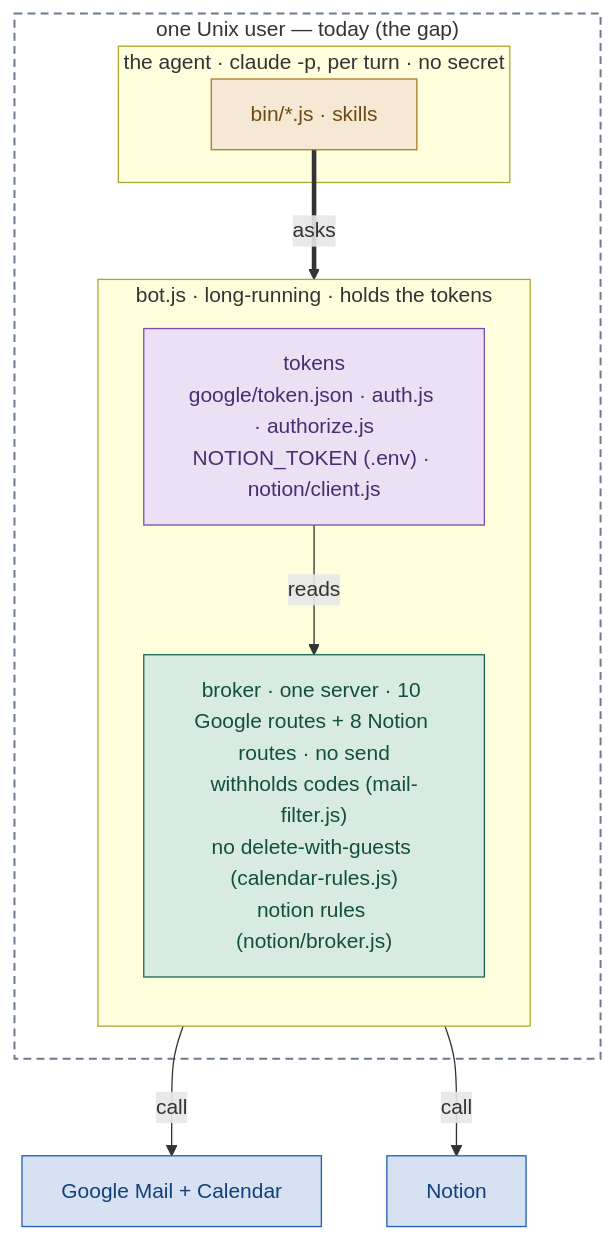
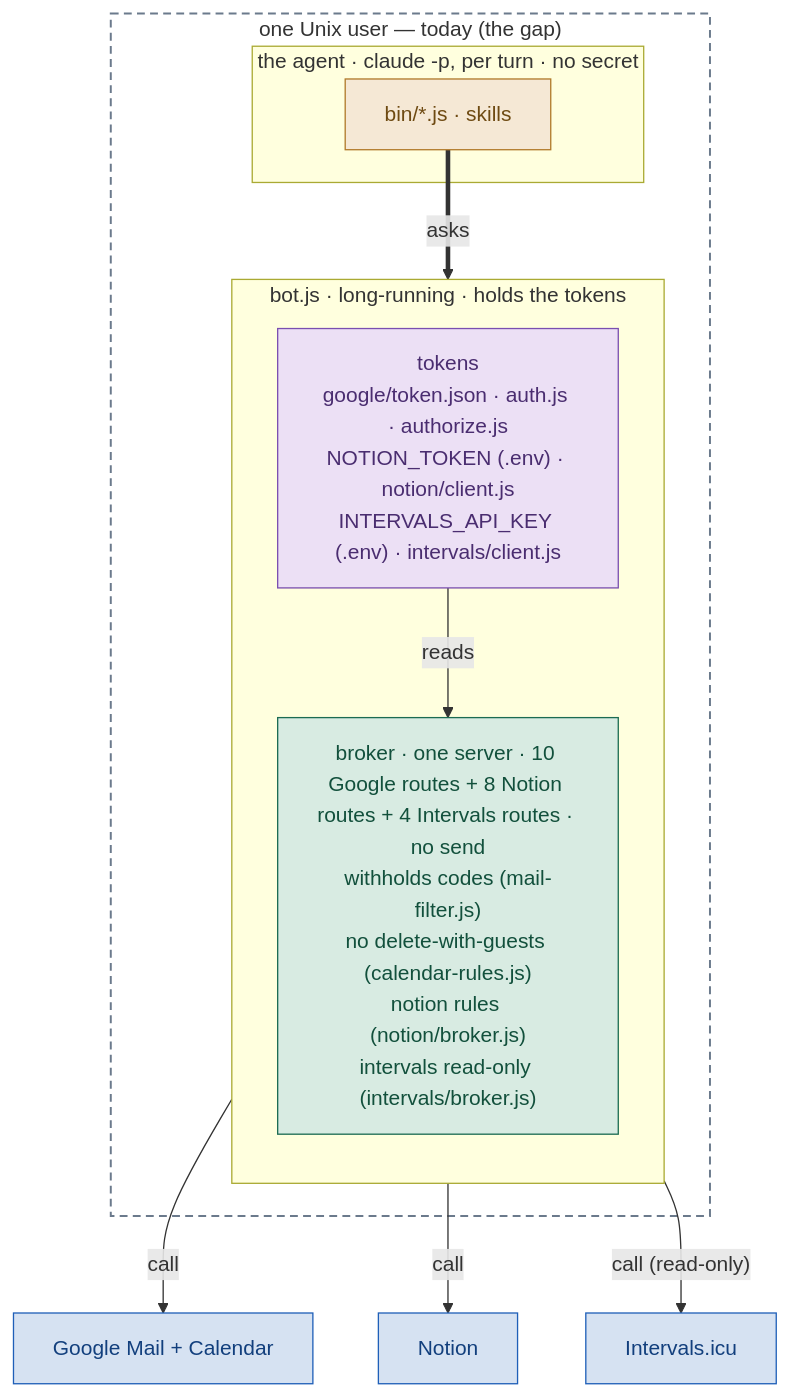
One commit to KubaJerz/alfred-node changed the third of 5 diagrams in SYSTEM-MAP.md. Above: the diagram before and after it, drawn with Mermaid. The commit also changed other lines of this file and 9 other files, not shown here.

````diff
--- a/SYSTEM-MAP.md
+++ b/SYSTEM-MAP.md
@@ -157,27 +158,28 @@
 ```mermaid
 flowchart TD
     subgraph HOST["one Unix user — today (the gap)"]
         subgraph BOT["bot.js · long-running · holds the tokens"]
             direction TB
-            TOK["tokens<br/>google/token.json · auth.js · authorize.js<br/>NOTION_TOKEN (.env) · notion/client.js"]
-            BR["broker · one server · 10 Google routes + 8 Notion routes · no send<br/>withholds codes (mail-filter.js)<br/>no delete-with-guests (calendar-rules.js)<br/>notion rules (notion/broker.js)"]
+            TOK["tokens<br/>google/token.json · auth.js · authorize.js<br/>NOTION_TOKEN (.env) · notion/client.js<br/>INTERVALS_API_KEY (.env) · intervals/client.js"]
+            BR["broker · one server · 10 Google routes + 8 Notion routes + 4 Intervals routes · no send<br/>withholds codes (mail-filter.js)<br/>no delete-with-guests (calendar-rules.js)<br/>notion rules (notion/broker.js)<br/>intervals read-only (intervals/broker.js)"]
             TOK -->|"reads"| BR
         end
         subgraph AG["the agent · claude -p, per turn · no secret"]
             CLI["bin/*.js · skills"]
         end
         CLI ==>|"asks"| BR
     end
     BR -->|"call"| G["Google Mail + Calendar"]
     BR -->|"call"| N["Notion"]
+    BR -->|"call (read-only)"| I["Intervals.icu"]
     classDef gateway fill:#d8ebe2,stroke:#1b6b52,color:#12503c
     classDef external fill:#d6e2f2,stroke:#1f5fb8,color:#123f7d
     classDef secret fill:#ece0f5,stroke:#7a4fb0,color:#4a2d70
     classDef agent fill:#f5e8d5,stroke:#b07a2a,color:#6e4a12
     classDef gapbox fill:none,stroke:#6b7a8c,stroke-width:1.5px,stroke-dasharray:6 4
     class BR gateway
-    class G,N external
+    class G,N,I external
     class TOK secret
     class CLI agent
     class HOST gapbox
 ```
````
